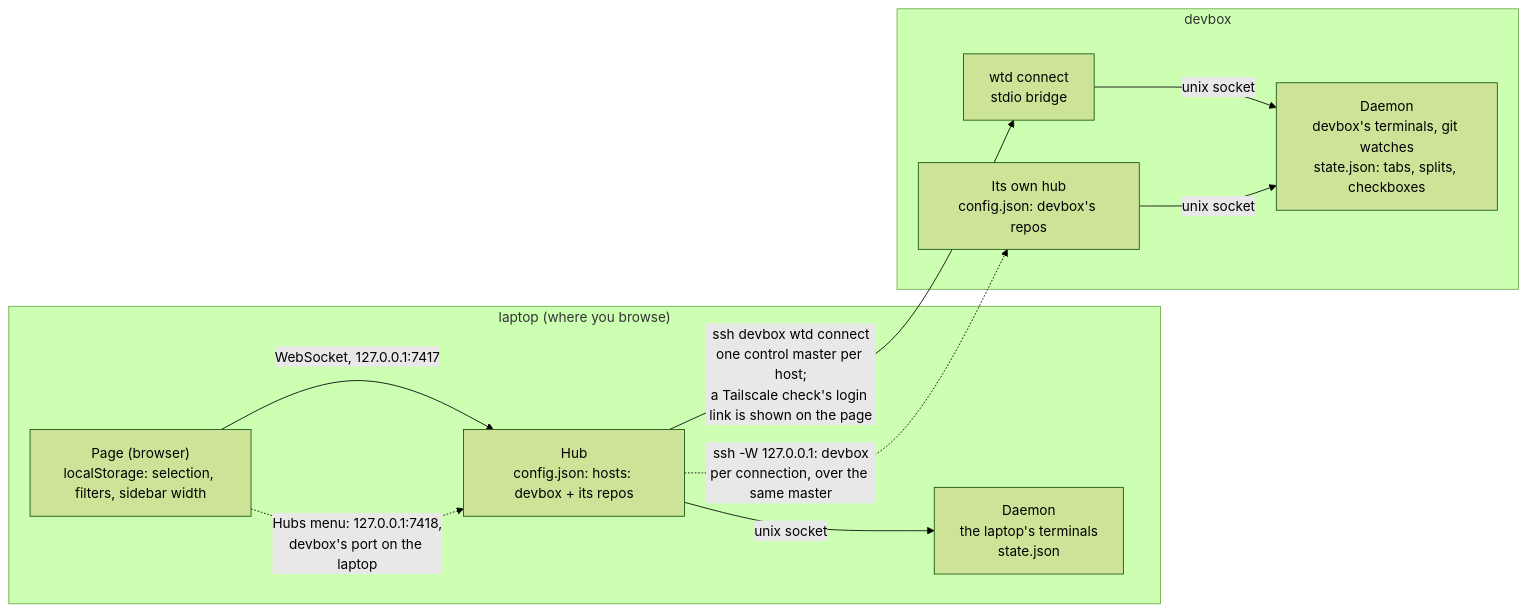
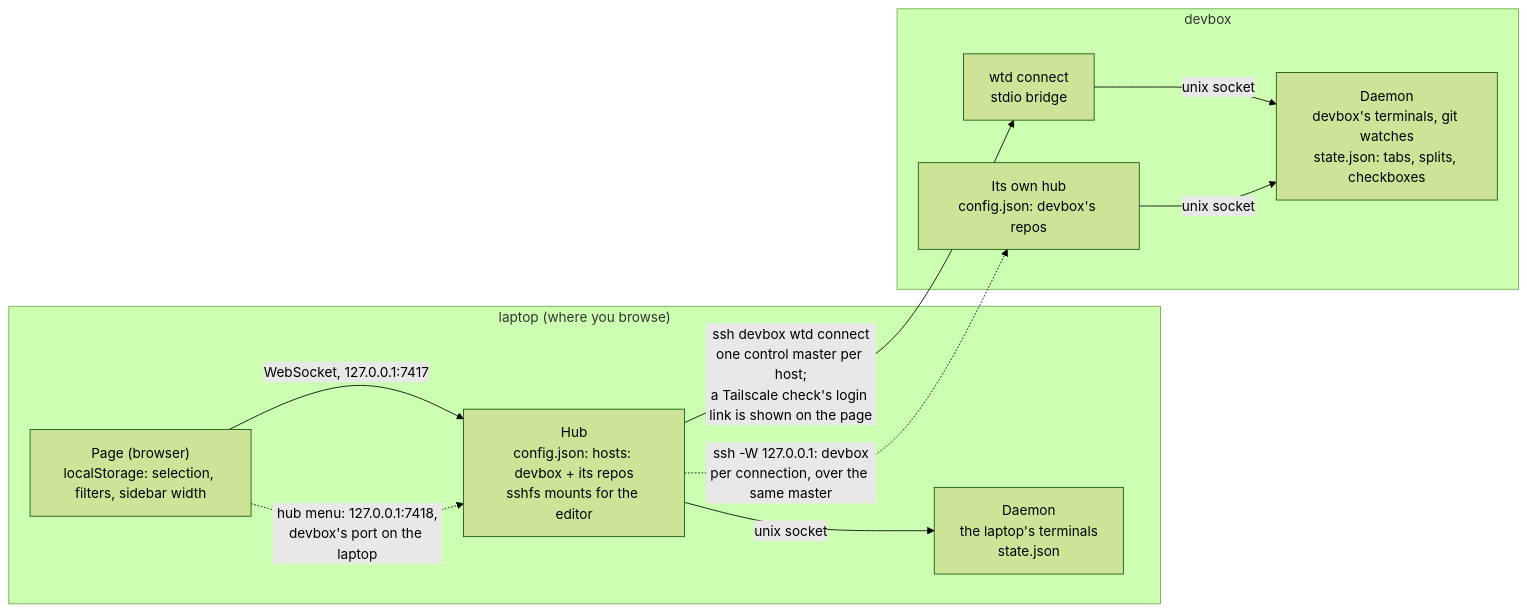
The second of 2 diagrams in README.md (MotleyAI/worktree-term), drawn with Mermaid (forest theme) before and after one commit. The commit also changed other lines of this file and 55 other files, not shown here.

Commit message:
Group repo tabs by origin across hosts, name the page's hub on its button, and open remote worktrees in the editor through hub-owned sshfs mounts

````diff
--- a/README.md
+++ b/README.md
@@ -43,20 +43,20 @@
 ```mermaid
 flowchart LR
   subgraph laptop["laptop (where you browse)"]
     page["Page (browser)<br/>localStorage: selection, filters, sidebar width"]
-    hub["Hub<br/>config.json: hosts: devbox + its repos"]
+    hub["Hub<br/>config.json: hosts: devbox + its repos<br/>sshfs mounts for the editor"]
     localDaemon["Daemon<br/>the laptop's terminals<br/>state.json"]
     page -- "WebSocket, 127.0.0.1:7417" --> hub
     hub -- "unix socket" --> localDaemon
   end
   subgraph devbox["devbox"]
     connect["wtd connect<br/>stdio bridge"]
     remoteDaemon["Daemon<br/>devbox's terminals, git watches<br/>state.json: tabs, splits, checkboxes"]
     remoteHub["Its own hub<br/>config.json: devbox's repos"]
     connect -- "unix socket" --> remoteDaemon
     remoteHub -- "unix socket" --> remoteDaemon
   end
   hub -- "ssh devbox wtd connect<br/>one control master per host;<br/>a Tailscale check's login link is shown on the page" --> connect
-  page -. "Hubs menu: 127.0.0.1:7418,<br/>devbox's port on the laptop" .-> hub
+  page -. "hub menu: 127.0.0.1:7418,<br/>devbox's port on the laptop" .-> hub
   hub -. "ssh -W 127.0.0.1:<devbox hub port> devbox<br/>per connection, over the same master" .-> remoteHub
 ```
````
